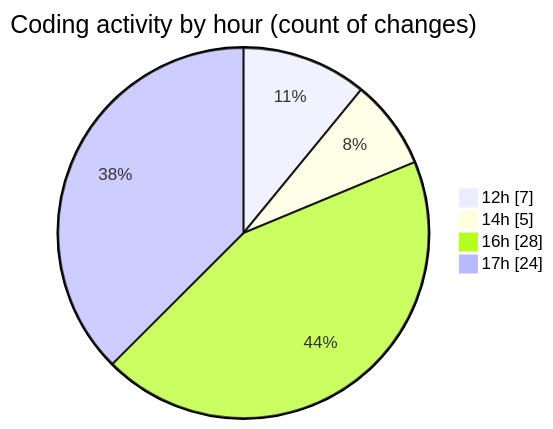
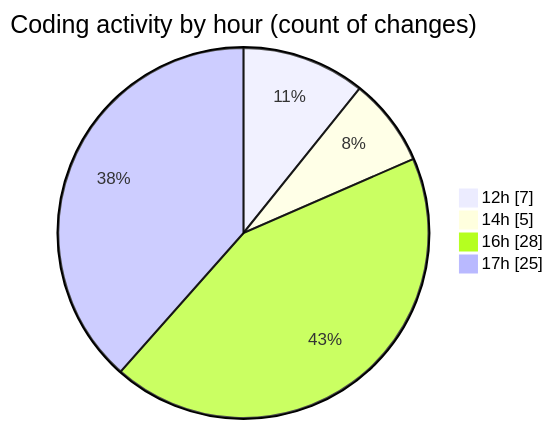
The second of 2 diagrams in 2025-10-06/eventscop-frontend-guide__workspace_/README.md (julien-gomy/code-tracking), drawn with Mermaid before and after one commit. The commit also changed other lines of this file and 1 other file, not shown here.

````diff
--- a/2025-10-06/eventscop-frontend-guide__workspace_/README.md
+++ b/2025-10-06/eventscop-frontend-guide__workspace_/README.md
@@ -58,8 +58,8 @@
 ```mermaid
 pie showData
 title Coding activity by hour (count of changes)
 "12h" : 7
 "14h" : 5
 "16h" : 28
-"17h" : 24
+"17h" : 25
 ```
````
